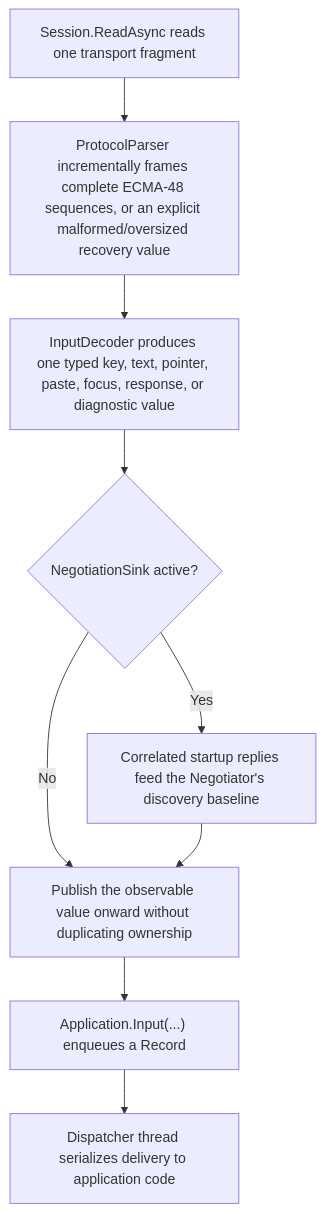
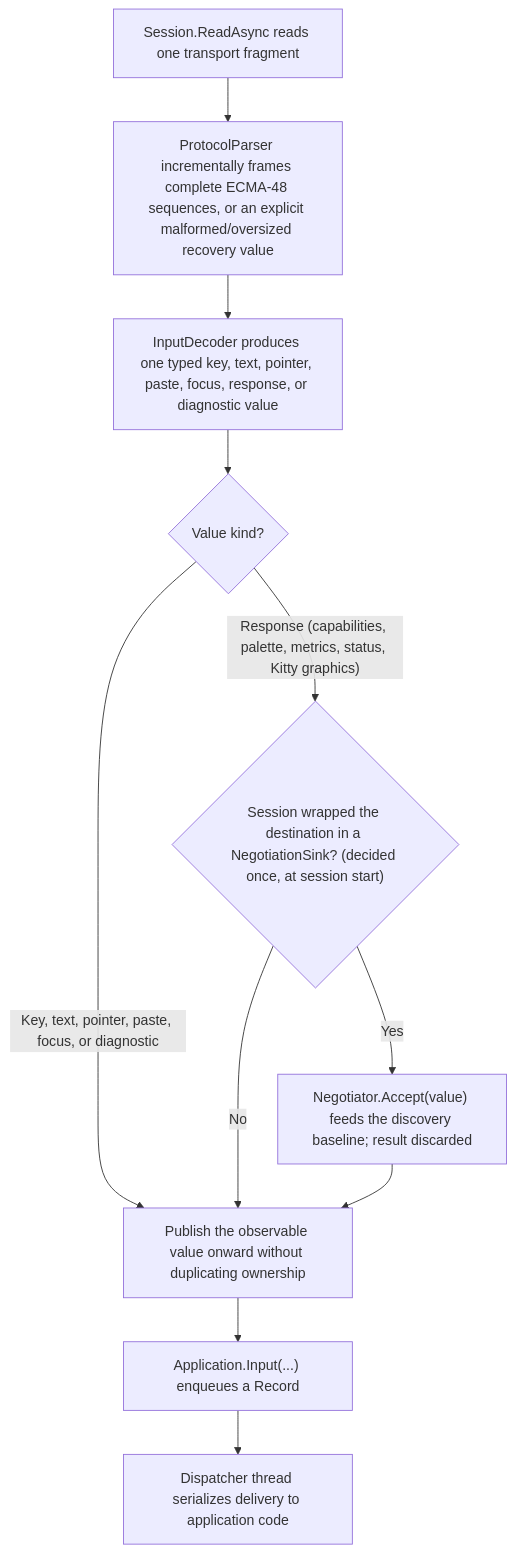
One commit to pavkam/sharp-vision changed the second of 2 diagrams in docs/architecture/terminal-integration.md. Above: the diagram before and after it, drawn with Mermaid. The commit also changed 1 other file, not shown here.

Commit message:
fixup(docs): correct two adversarial-review diagram gaps
The protocol-routing diagram implied a per-value NegotiationSink check;
only Response-typed values are ever routed through Accept, and whether a
NegotiationSink wraps the destination at all is decided once at session
start, not per decoded value. The resize-ordering diagram's invalidation
step silently dropped the "or this transaction performed layout" render
trigger, which is a real second condition alongside a pending Render bit.

````diff
--- a/docs/architecture/terminal-integration.md
+++ b/docs/architecture/terminal-integration.md
@@ -127,11 +127,13 @@
 ```mermaid
 flowchart TD
     Read["Session.ReadAsync reads one transport fragment"] --> Frame["ProtocolParser incrementally frames complete ECMA-48 sequences, or an explicit malformed/oversized recovery value"]
     Frame --> Decode["InputDecoder produces one typed key, text, pointer, paste, focus, response, or diagnostic value"]
-    Decode --> Sink{"NegotiationSink active?"}
-    Sink -->|Yes| Correlate["Correlated startup replies feed the Negotiator's discovery baseline"]
-    Sink -->|No| Forward
+    Decode --> ValueKind{"Value kind?"}
+    ValueKind -->|"Response (capabilities, palette, metrics, status, Kitty graphics)"| SinkPresent{"Session wrapped the destination in a NegotiationSink? (decided once, at session start)"}
+    ValueKind -->|"Key, text, pointer, paste, focus, or diagnostic"| Forward
+    SinkPresent -->|Yes| Correlate["Negotiator.Accept(value) feeds the discovery baseline; result discarded"]
+    SinkPresent -->|No| Forward
     Correlate --> Forward["Publish the observable value onward without duplicating ownership"]
     Forward --> Enqueue["Application.Input(...) enqueues a Record"]
     Enqueue --> Dispatch["Dispatcher thread serializes delivery to application code"]
 ```
````
